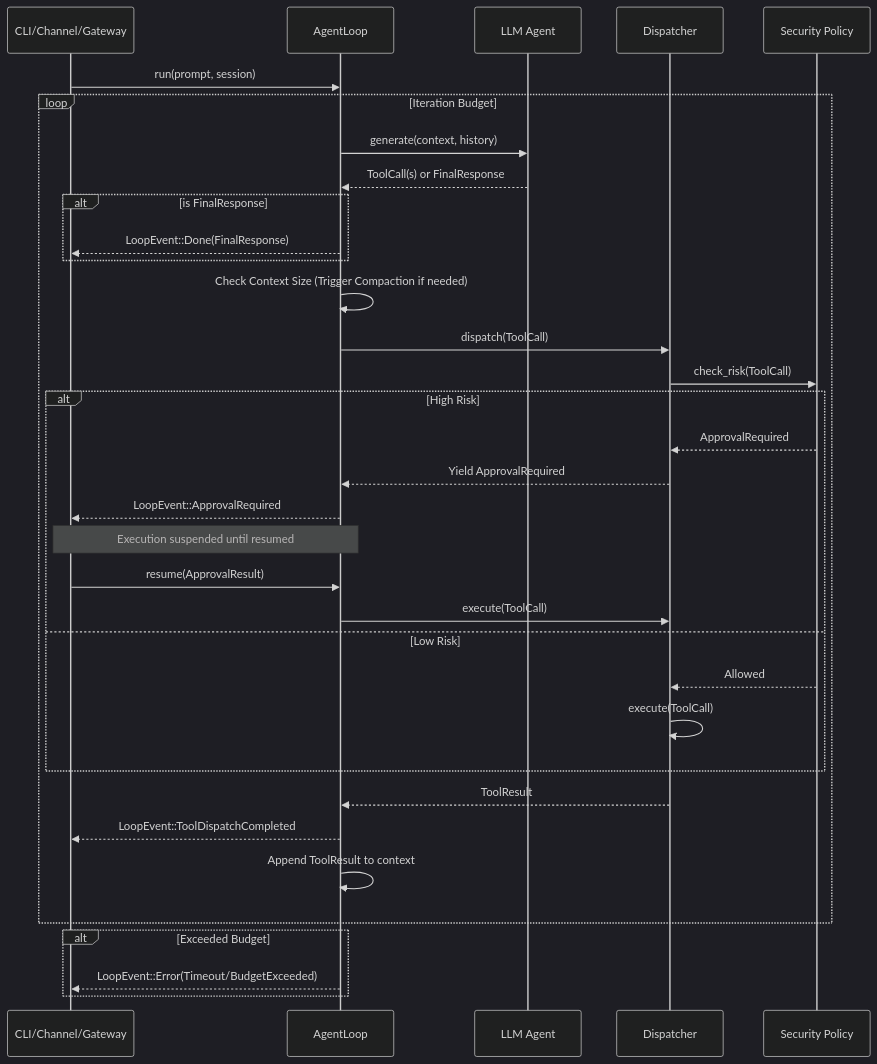
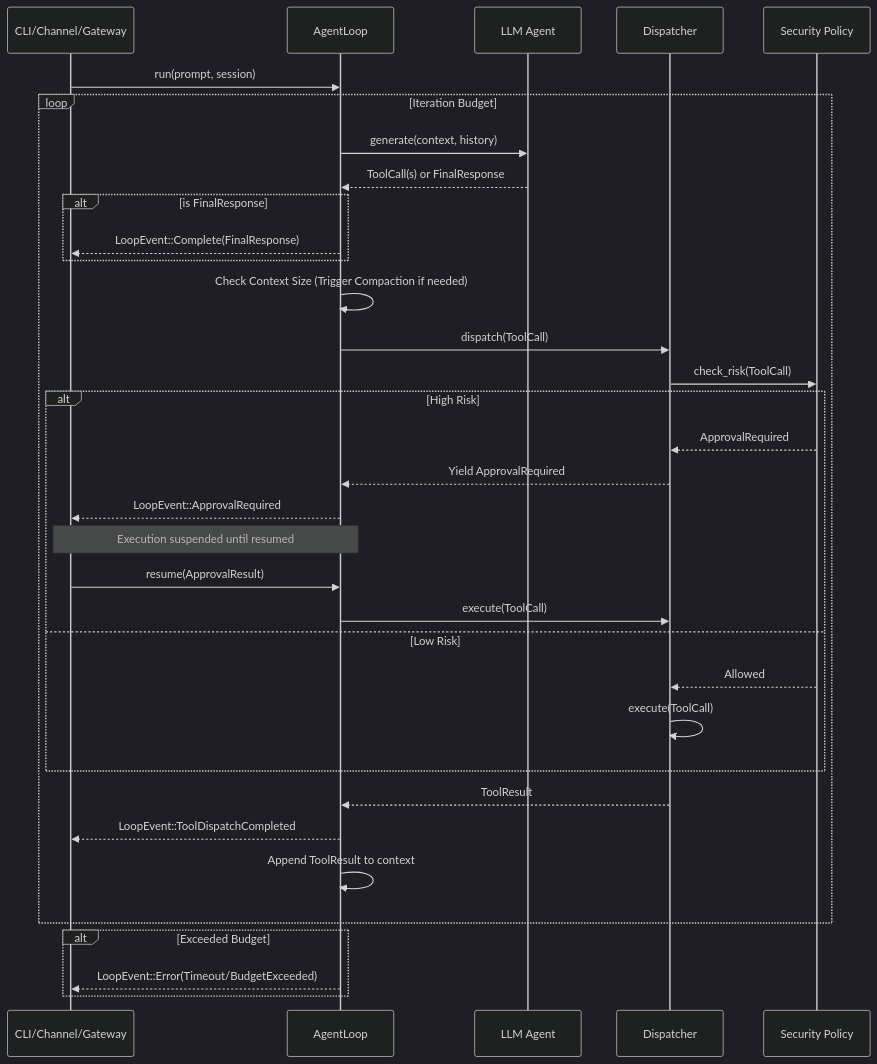
Before and after one commit to dallay/corvus: the diagram in openspec/changes/archive/2026-03-03-agent-loop/design.md, drawn with Mermaid (dark theme). The commit also changed other lines of this file and 14 other files, not shown here.

Commit message:
refactor(agent-loop): enhance tool execution flow and approval handling

````diff
--- a/openspec/changes/archive/2026-03-03-agent-loop/design.md
+++ b/openspec/changes/archive/2026-03-03-agent-loop/design.md
@@ -31,43 +31,43 @@
 ```mermaid
 sequenceDiagram
     participant Client as CLI/Channel/Gateway
     participant AL as AgentLoop
     participant Agent as LLM Agent
     participant Disp as Dispatcher
     participant Policy as Security Policy
 
     Client->>AL: run(prompt, session)
     loop Iteration Budget
         AL->>Agent: generate(context, history)
         Agent-->>AL: ToolCall(s) or FinalResponse
 
         alt is FinalResponse
-            AL-->>Client: LoopEvent::Done(FinalResponse)
+            AL-->>Client: LoopEvent::Complete(FinalResponse)
         end
 
         AL->>AL: Check Context Size (Trigger Compaction if needed)
 
         AL->>Disp: dispatch(ToolCall)
         Disp->>Policy: check_risk(ToolCall)
 
         alt High Risk
             Policy-->>Disp: ApprovalRequired
             Disp-->>AL: Yield ApprovalRequired
             AL-->>Client: LoopEvent::ApprovalRequired
             Note over Client,AL: Execution suspended until resumed
             Client->>AL: resume(ApprovalResult)
             AL->>Disp: execute(ToolCall)
         else Low Risk
             Policy-->>Disp: Allowed
             Disp->>Disp: execute(ToolCall)
         end
 
         Disp-->>AL: ToolResult
         AL-->>Client: LoopEvent::ToolDispatchCompleted
         AL->>AL: Append ToolResult to context
     end
 
     alt Exceeded Budget
         AL-->>Client: LoopEvent::Error(Timeout/BudgetExceeded)
     end
 ```
````
